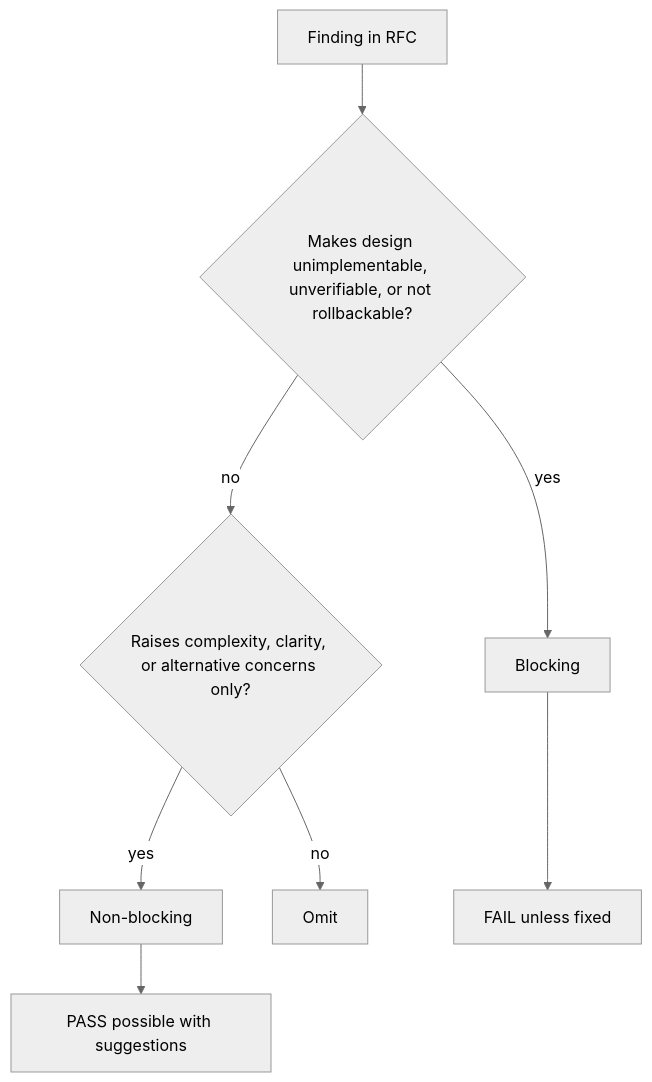
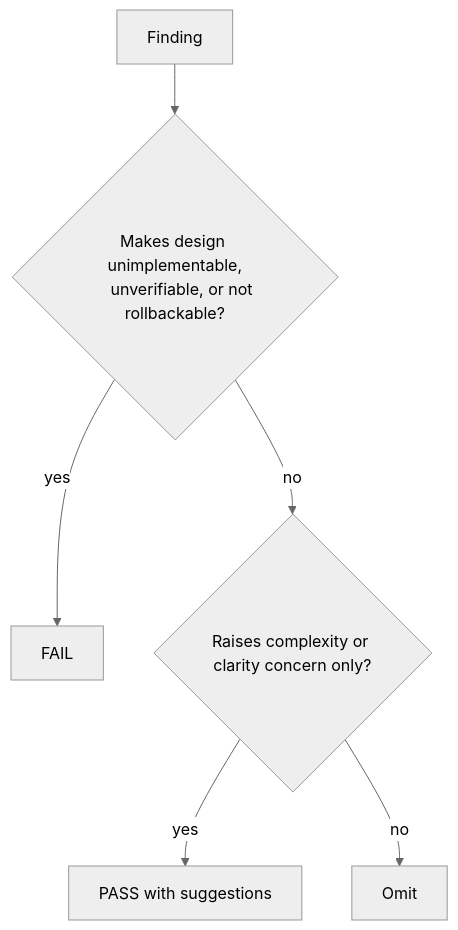
The diagram in skills/review-rfc/SKILL.md (Thrimbda/legion-mind), drawn with Mermaid (neutral theme) before and after one commit. The commit also changed other lines of this file and 147 other files, not shown here.

````diff
--- a/skills/review-rfc/SKILL.md
+++ b/skills/review-rfc/SKILL.md
@@ -20,10 +25,9 @@
 ```mermaid
 flowchart TD
-    A[Finding in RFC] --> B{Makes design unimplementable, unverifiable, or not rollbackable?}
-    B -- yes --> C[Blocking]
-    B -- no --> D{Raises complexity, clarity, or alternative concerns only?}
-    D -- yes --> E[Non-blocking]
+    A[Finding] --> B{Makes design unimplementable,
+    unverifiable, or not rollbackable?}
+    B -- yes --> C[FAIL]
+    B -- no --> D{Raises complexity or clarity concern only?}
+    D -- yes --> E[PASS with suggestions]
     D -- no --> F[Omit]
-    C --> G[FAIL unless fixed]
-    E --> H[PASS possible with suggestions]
 ```
````
